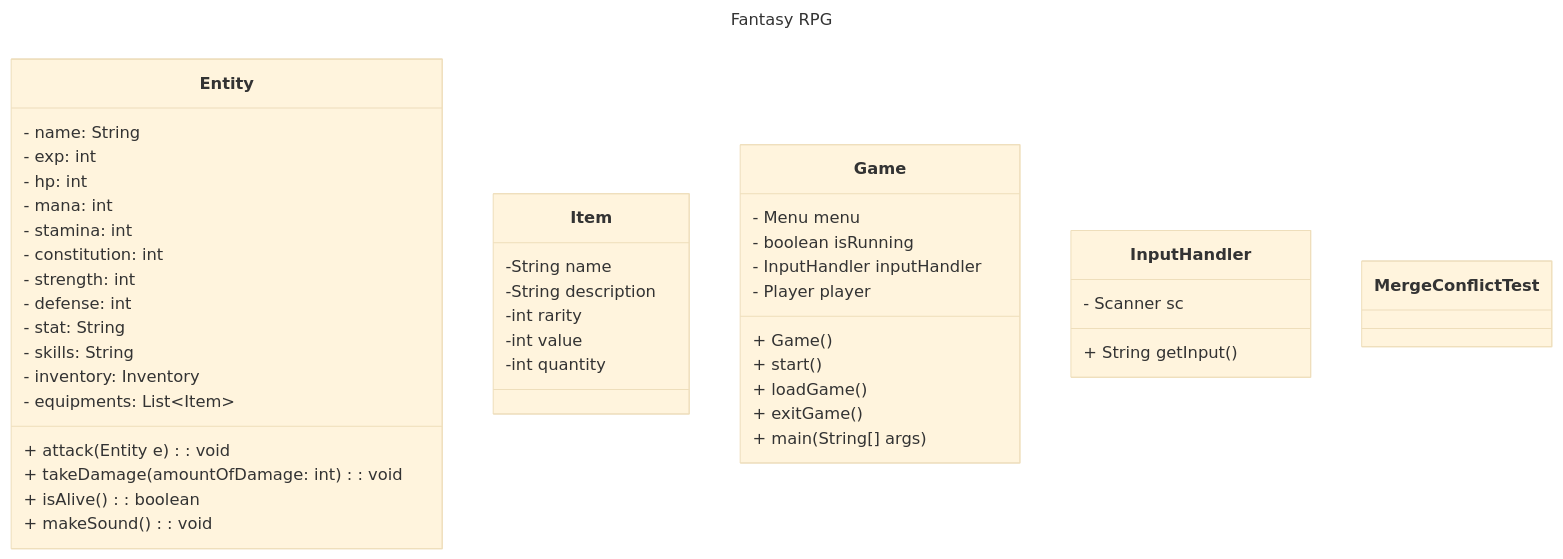
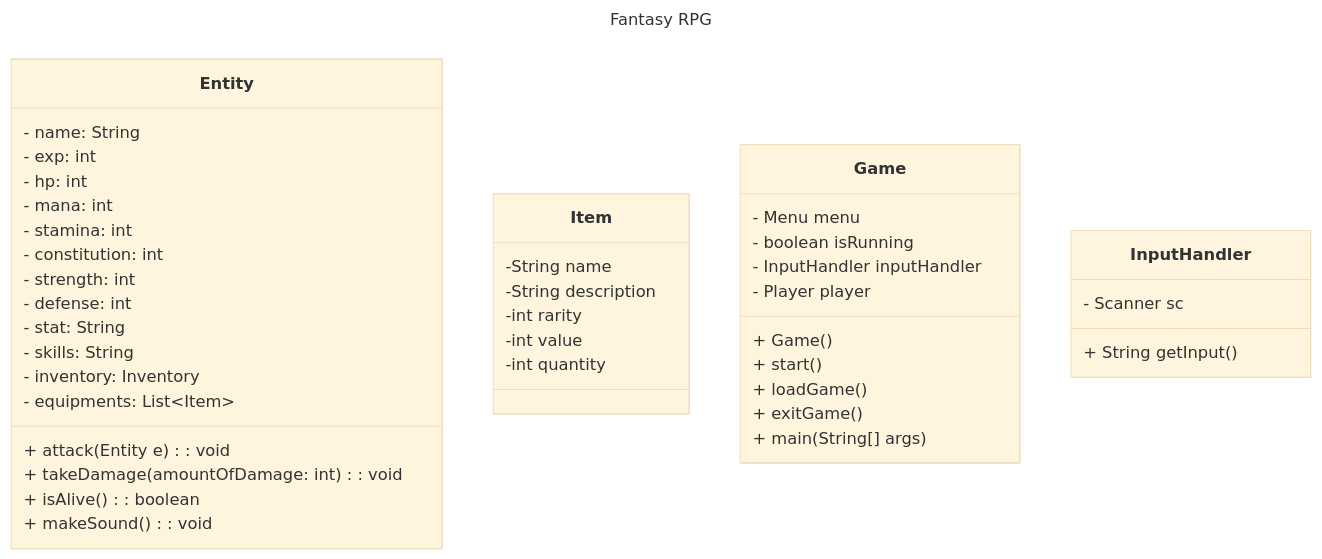
The diagram in wiki/Class-Diagram.md (pacalso-jjc/2425-2nd-cc3-1b-rpg), drawn with Mermaid (base theme) before and after one commit.

Commit message:
Updated doc-1 to current main and removed the MergeConflictTest.

````diff
--- a/wiki/Class-Diagram.md
+++ b/wiki/Class-Diagram.md
@@ -1,54 +1,49 @@
 ```mermaid
 ---
 title: Fantasy RPG
 ---
 classDiagram  
     class Entity{
       - name: String
       - exp: int
       - hp: int
       - mana: int
       - stamina: int
       - constitution: int
       - strength: int
       - defense: int
       - stat: String
       - skills: String
       - inventory: Inventory
       - equipments: List~Item~
       + attack(Entity e): void
       + takeDamage(amountOfDamage: int): void
       + isAlive (): boolean
       + makeSound(): void
     }
 
     class Item{
         -String name
         -String description
         -int rarity
         -int value
         -int quantity
     }
 
     class Game{
         - Menu menu
         - boolean isRunning
         - InputHandler inputHandler
         - Player player
         + Game()
         + start()
         + loadGame()
         + exitGame()
         + main(String[] args)
     }
 
     class InputHandler{
         - Scanner sc
         + String getInput()
     }
-
-    class MergeConflictTest{
-
-    }
-
 ```
````
